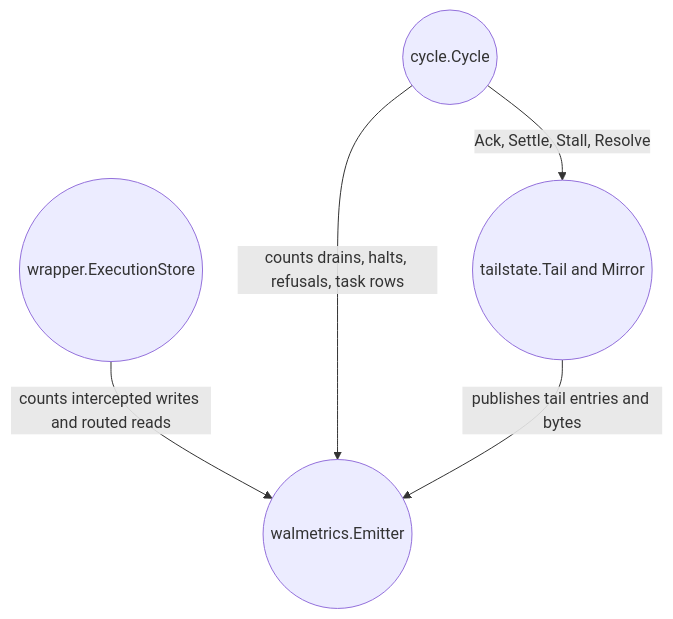
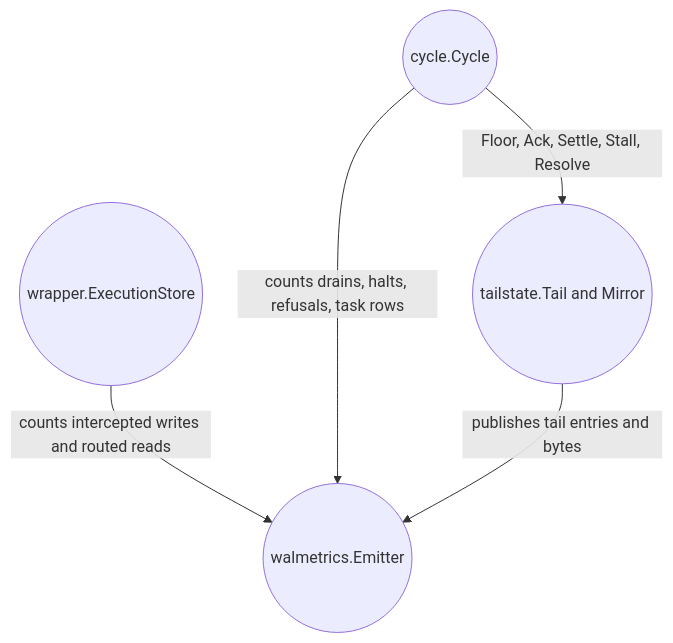
Before and after one commit to aromanovich/waltz: the second of 4 diagrams in docs/handbook/03-components.md, drawn with Mermaid. The commit also changed other lines of this file and 2 other files, not shown here.

````diff
--- a/docs/handbook/03-components.md
+++ b/docs/handbook/03-components.md
@@ -152,12 +154,12 @@
 ```mermaid
 graph TD
   ES2(("wrapper.ExecutionStore"))
   CY2(("cycle.Cycle"))
   TS(("tailstate.Tail and Mirror"))
   EM(("walmetrics.Emitter"))
 
   ES2 -->|"counts intercepted writes and routed reads"| EM
   CY2 -->|"counts drains, halts, refusals, task rows"| EM
-  CY2 -->|"Ack, Settle, Stall, Resolve"| TS
+  CY2 -->|"Floor, Ack, Settle, Stall, Resolve"| TS
   TS -->|"publishes tail entries and bytes"| EM
 ```
````
